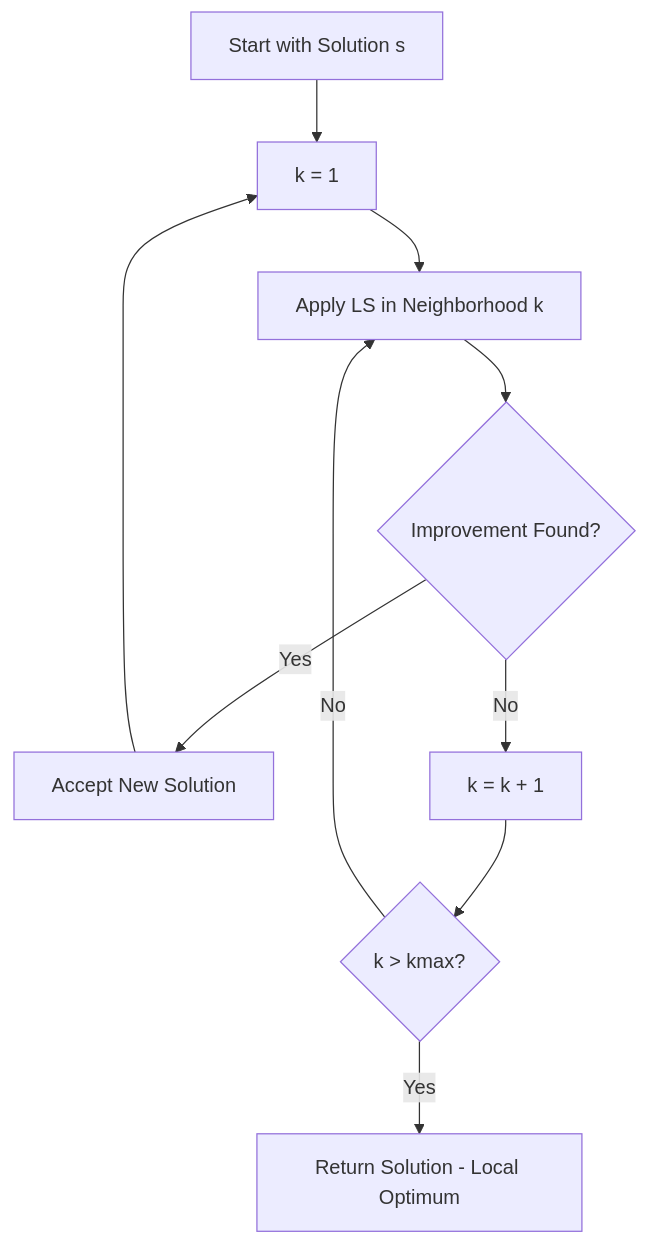
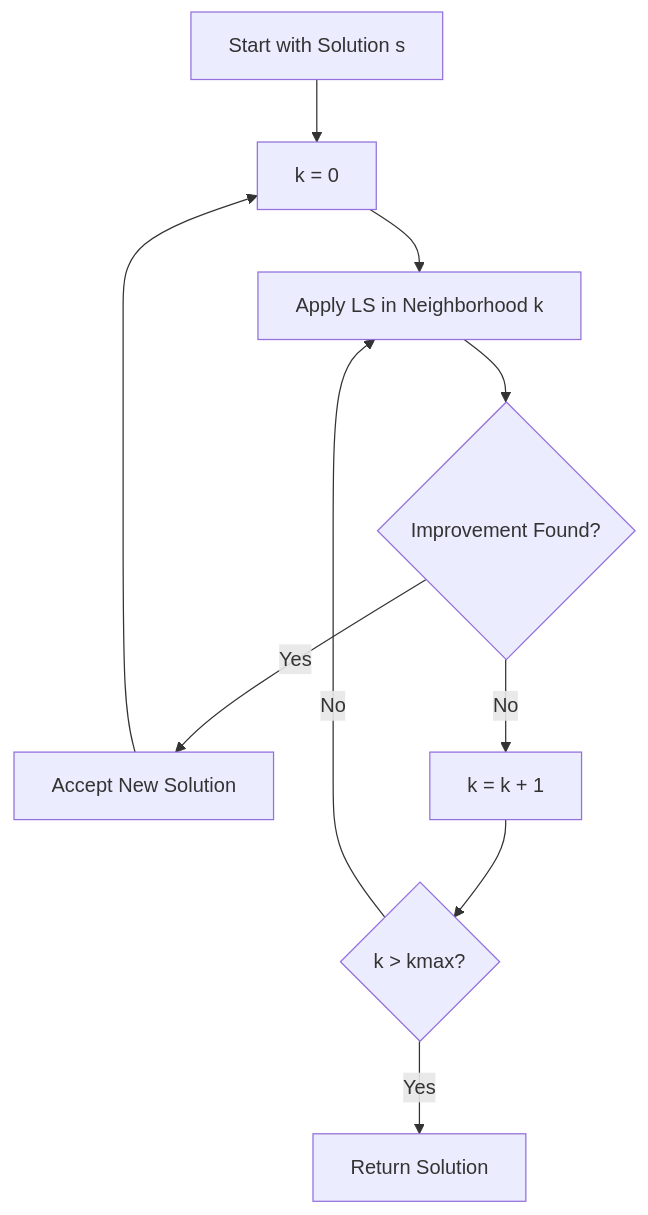
Before and after one commit to mork-optimization/mork: the diagram in docs/concepts/algorithm-components/metaheuristics/vnd.md, drawn with Mermaid. The commit also changed other lines of this file and 11 other files, not shown here.

````diff
--- a/docs/concepts/algorithm-components/metaheuristics/vnd.md
+++ b/docs/concepts/algorithm-components/metaheuristics/vnd.md
@@ -9,12 +9,12 @@
 ```mermaid
 graph TD
-    A[Start with Solution s] --> B[k = 1]
+    A[Start with Solution s] --> B[k = 0]
     B --> C[Apply LS in Neighborhood k]
     C --> D{Improvement Found?}
     D -->|Yes| E[Accept New Solution]
     E --> B
     D -->|No| F[k = k + 1]
     F --> G{k > kmax?}
     G -->|No| C
-    G -->|Yes| H[Return Solution - Local Optimum]
+    G -->|Yes| H[Return Solution]
 ```
````
